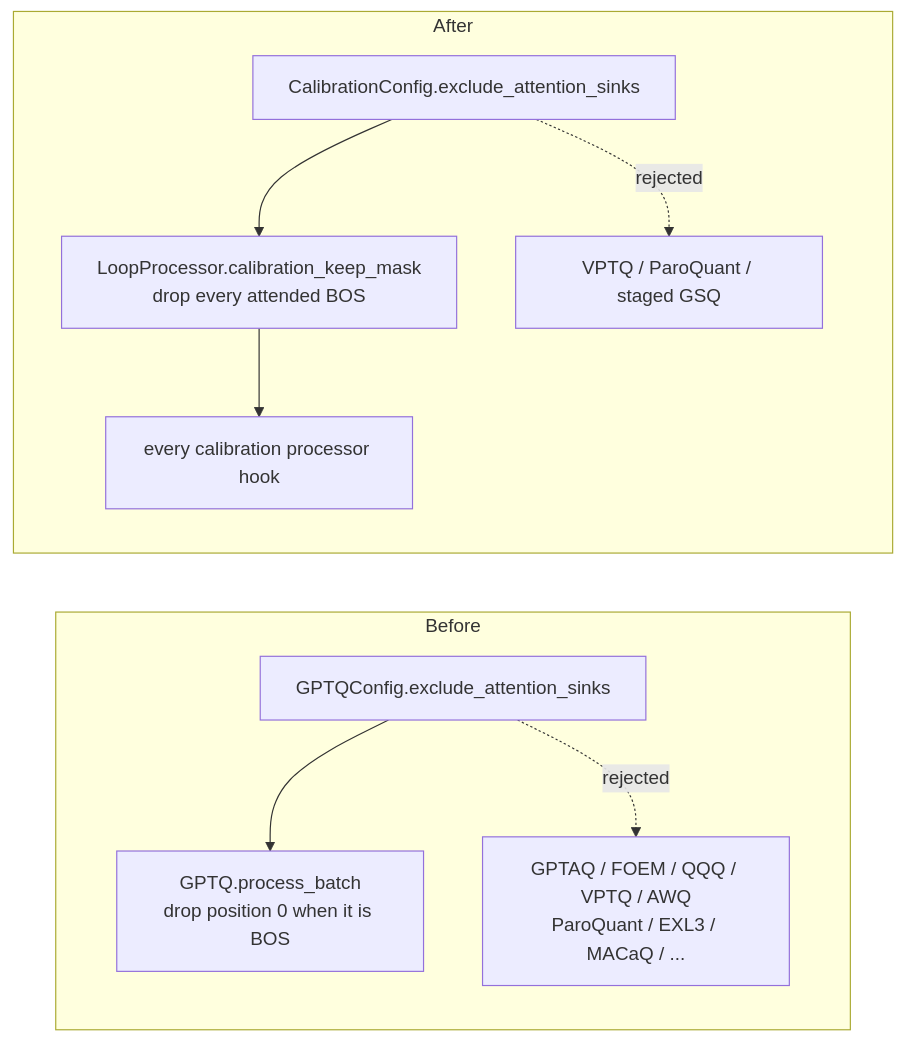
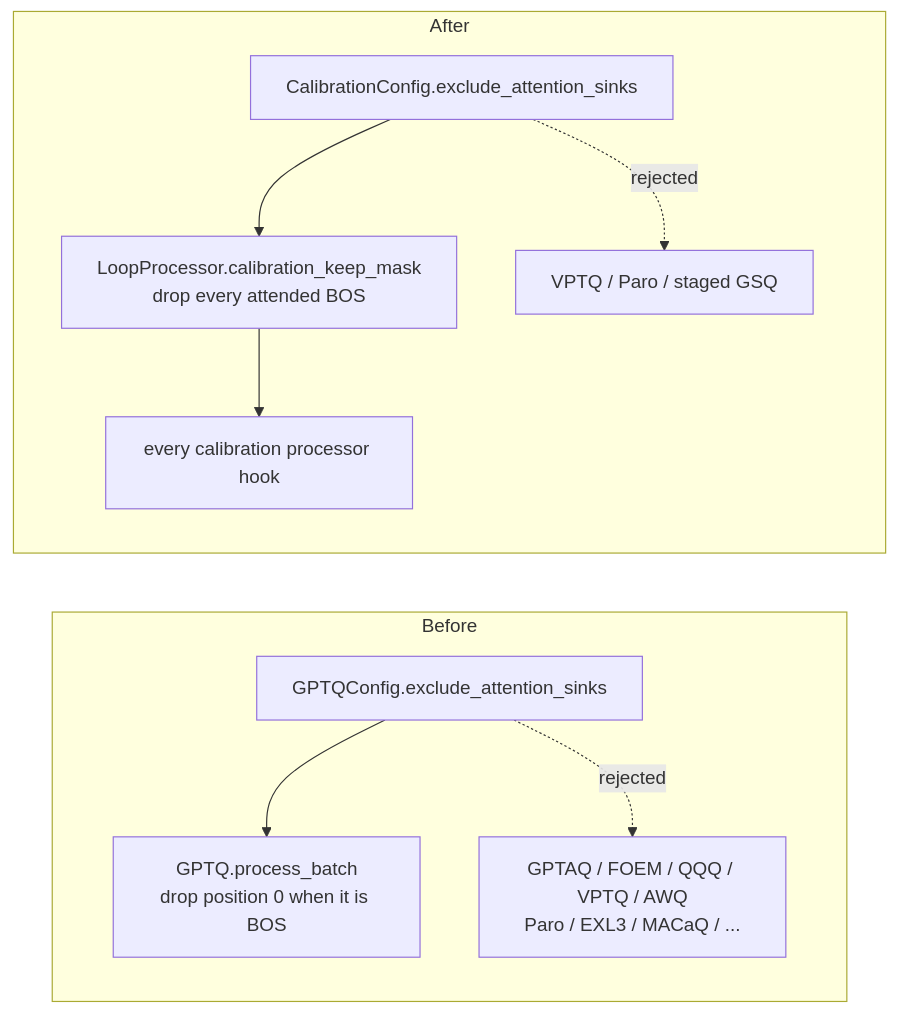
Before and after one commit to ModelCloud/GPTQModel: the second of 2 diagrams in docs/calibration-attention-sinks.md, drawn with Mermaid. The commit also changed other lines of this file and 233 other files, not shown here.

Commit message:
refactor(paro): rename ParoQuant to Paro

````diff
--- a/docs/calibration-attention-sinks.md
+++ b/docs/calibration-attention-sinks.md
@@ -73,12 +73,12 @@
 ```mermaid
 flowchart LR
     subgraph Before
       B1["GPTQConfig.exclude_attention_sinks"] --> B2["GPTQ.process_batch<br/>drop position 0 when it is BOS"]
-      B1 -. rejected .-> B3["GPTAQ / FOEM / QQQ / VPTQ / AWQ<br/>ParoQuant / EXL3 / MACaQ / ..."]
+      B1 -. rejected .-> B3["GPTAQ / FOEM / QQQ / VPTQ / AWQ<br/>Paro / EXL3 / MACaQ / ..."]
     end
     subgraph After
       A1["CalibrationConfig.exclude_attention_sinks"] --> A2["LoopProcessor.calibration_keep_mask<br/>drop every attended BOS"]
       A2 --> A3["every calibration processor hook"]
-      A1 -. rejected .-> A4["VPTQ / ParoQuant / staged GSQ"]
+      A1 -. rejected .-> A4["VPTQ / Paro / staged GSQ"]
     end
 ```
````
